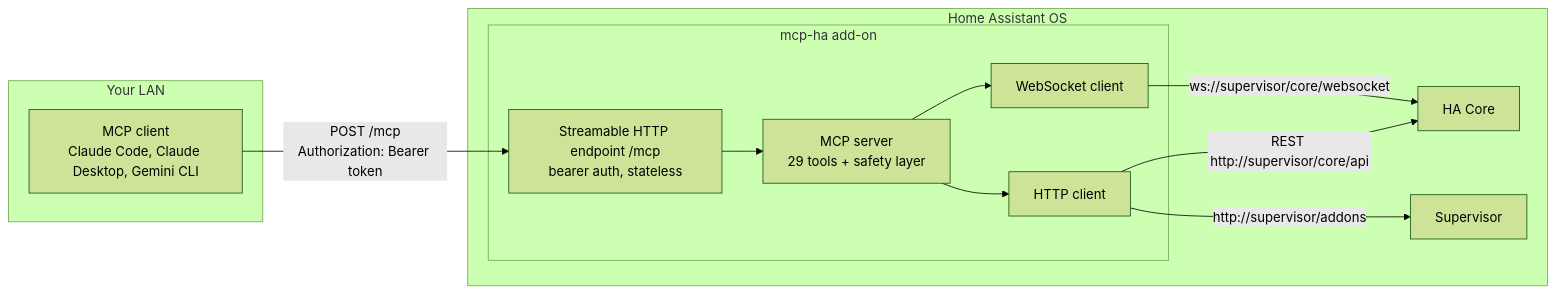
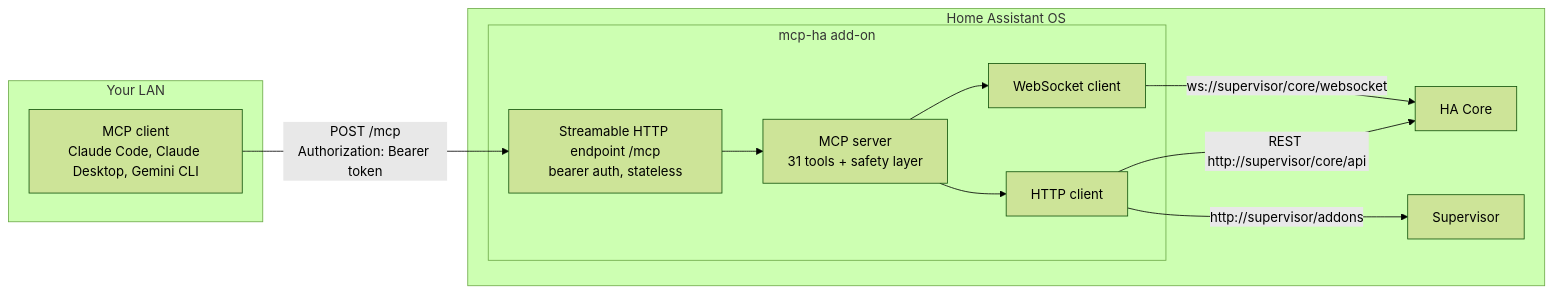
The first of 3 diagrams in docs/reference/architecture.md (Devitek/mcp-ha), drawn with Mermaid (forest theme) before and after one commit. The commit also changed 16 other files, not shown here.

````diff
--- a/docs/reference/architecture.md
+++ b/docs/reference/architecture.md
@@ -7,23 +7,23 @@
 ```mermaid
 flowchart LR
   subgraph lan["Your LAN"]
     C["MCP client<br/>Claude Code, Claude Desktop, Gemini CLI"]
   end
   subgraph haos["Home Assistant OS"]
     subgraph addon["mcp-ha add-on"]
       T["Streamable HTTP endpoint /mcp<br/>bearer auth, stateless"]
-      S["MCP server<br/>29 tools + safety layer"]
+      S["MCP server<br/>31 tools + safety layer"]
       W["WebSocket client"]
       H["HTTP client"]
       T --> S
       S --> W
       S --> H
     end
     CORE["HA Core"]
     SUP["Supervisor"]
     W -->|"ws://supervisor/core/websocket"| CORE
     H -->|"REST http://supervisor/core/api"| CORE
     H -->|"http://supervisor/addons"| SUP
   end
   C -->|"POST /mcp<br/>Authorization: Bearer token"| T
 ```
````
